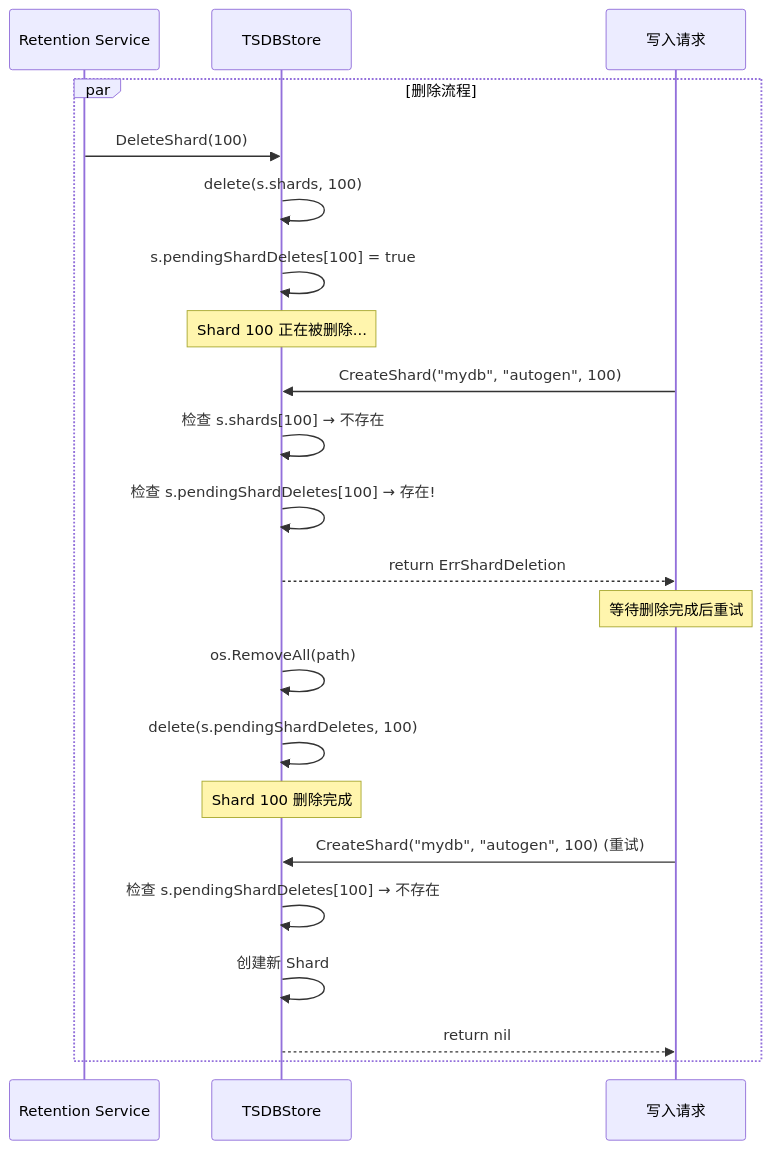
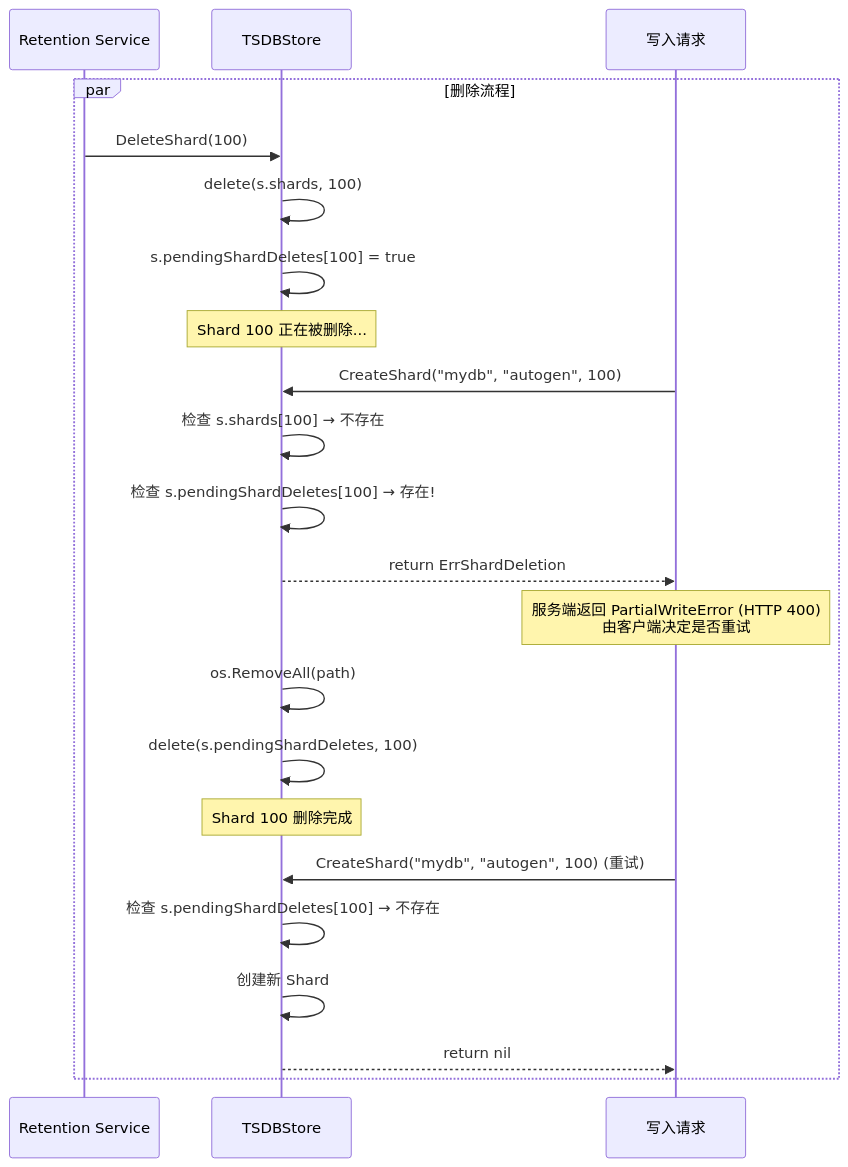
Before and after one commit to stefanv5/influxdb: the eighth of 17 diagrams in docs/specs/12_background_services_spec.md, drawn with Mermaid. The commit also changed other lines of this file and 16 other files, not shown here.

First line of the commit message:
docs: correct and deepen the 17 architecture specs

````diff
--- a/docs/specs/12_background_services_spec.md
+++ b/docs/specs/12_background_services_spec.md
@@ -774,28 +1028,28 @@
 ```mermaid
 sequenceDiagram
     participant RetSvc as Retention Service
     participant Store as TSDBStore
     participant Writer as 写入请求
 
     par 删除流程
         RetSvc->>Store: DeleteShard(100)
         Store->>Store: delete(s.shards, 100)
         Store->>Store: s.pendingShardDeletes[100] = true
         Note over Store: Shard 100 正在被删除...
 
         Writer->>Store: CreateShard("mydb", "autogen", 100)
         Store->>Store: 检查 s.shards[100] → 不存在
         Store->>Store: 检查 s.pendingShardDeletes[100] → 存在!
         Store-->>Writer: return ErrShardDeletion
-        Note over Writer: 等待删除完成后重试
+        Note over Writer: 服务端返回 PartialWriteError (HTTP 400)<br>由客户端决定是否重试
 
         Store->>Store: os.RemoveAll(path)
         Store->>Store: delete(s.pendingShardDeletes, 100)
         Note over Store: Shard 100 删除完成
 
         Writer->>Store: CreateShard("mydb", "autogen", 100) (重试)
         Store->>Store: 检查 s.pendingShardDeletes[100] → 不存在
         Store->>Store: 创建新 Shard
         Store-->>Writer: return nil
     end
 ```
````
